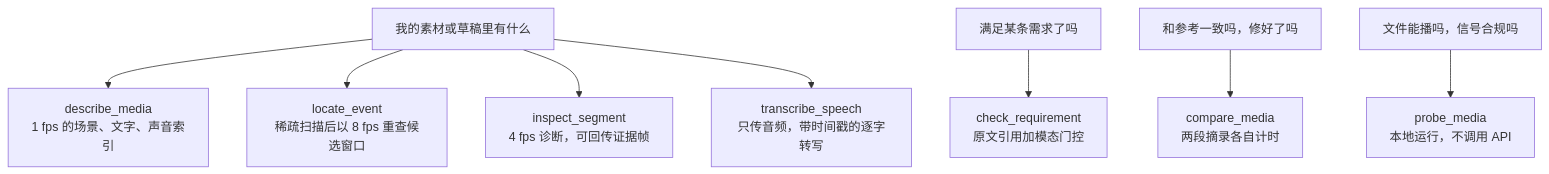
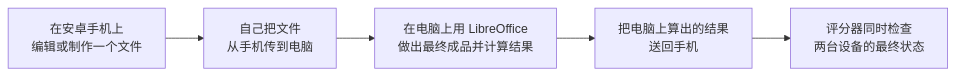
Before and after one commit to yingwang/paper-reads: the fourth of 7 diagrams in docs/index.md, drawn with Mermaid. The commit also changed other lines of this file and 2 other files, not shown here.

````diff
--- a/docs/index.md
+++ b/docs/index.md
@@ -241,10 +151,7 @@
 ```mermaid
-flowchart TD
-    Q1["我的素材或草稿里有什么"] --> D1["describe_media<br/>1 fps 的场景、文字、声音索引"]
-    Q1 --> D2["locate_event<br/>稀疏扫描后以 8 fps 重查候选窗口"]
-    Q1 --> D3["inspect_segment<br/>4 fps 诊断，可回传证据帧"]
-    Q1 --> D4["transcribe_speech<br/>只传音频，带时间戳的逐字转写"]
-    Q2["满足某条需求了吗"] --> D5["check_requirement<br/>原文引用加模态门控"]
-    Q3["和参考一致吗，修好了吗"] --> D6["compare_media<br/>两段摘录各自计时"]
-    Q4["文件能播吗，信号合规吗"] --> D7["probe_media<br/>本地运行，不调用 API"]
+flowchart LR
+    P1["在安卓手机上<br/>编辑或制作一个文件"] --> T1["自己把文件<br/>从手机传到电脑"]
+    T1 --> D1["在电脑上用 LibreOffice<br/>做出最终成品并计算结果"]
+    D1 --> T2["把电脑上算出的结果<br/>送回手机"]
+    T2 --> V["评分器同时检查<br/>两台设备的最终状态"]
 ```
````
